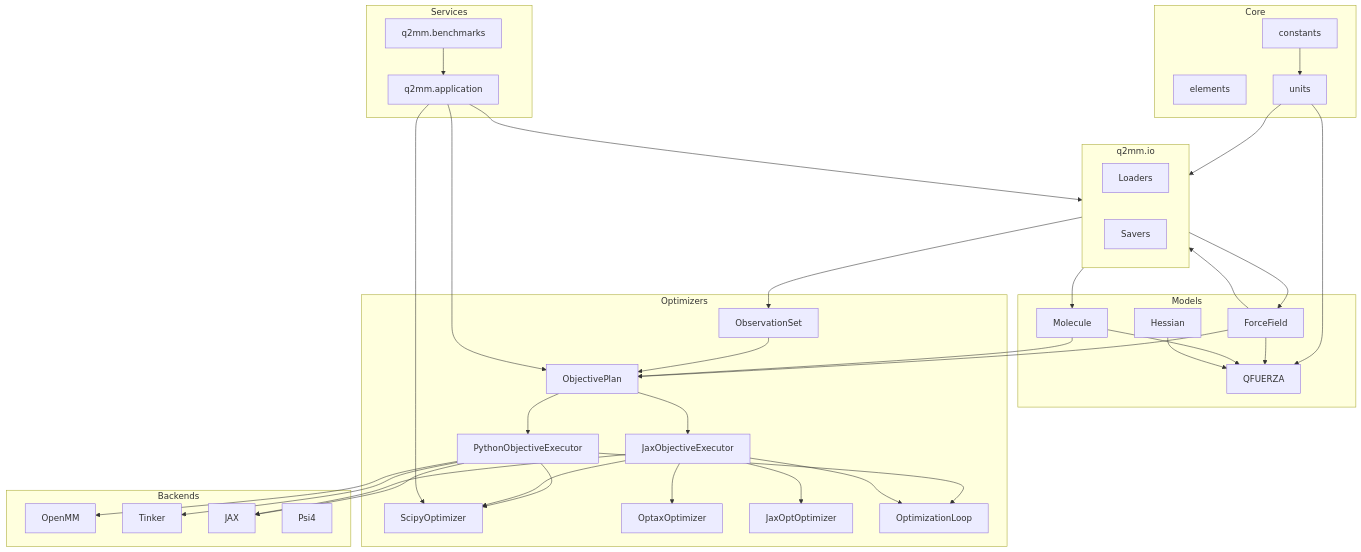
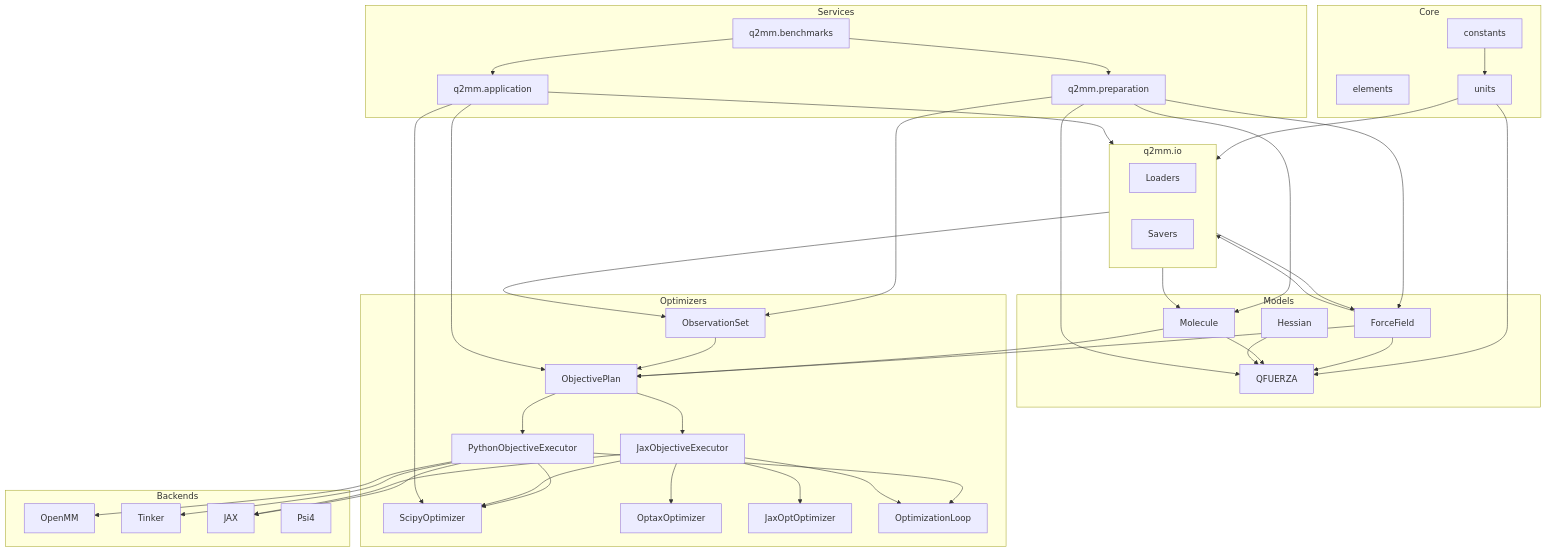
The second of 2 diagrams in docs/how-it-works/architecture.md (ericchansen/q2mm), drawn with Mermaid before and after one commit. The commit also changed other lines of this file and 22 other files, not shown here.

````diff
--- a/docs/how-it-works/architecture.md
+++ b/docs/how-it-works/architecture.md
@@ -337,76 +349,82 @@
 ```mermaid
 flowchart TD
     subgraph Core["Core"]
         constants[constants]
         elements[elements]
         units[units]
     end
 
     subgraph Models["Models"]
         ff[ForceField]
         mol[Molecule]
         hess[Hessian]
         sem[QFUERZA]
     end
 
     subgraph Opt["Optimizers"]
         obs[ObservationSet]
         plan[ObjectivePlan]
         pyexec[PythonObjectiveExecutor]
         jaxexec[JaxObjectiveExecutor]
         scipy[ScipyOptimizer]
         optax_opt[OptaxOptimizer]
         jaxopt_opt[JaxOptOptimizer]
         cycling[OptimizationLoop]
     end
 
     subgraph Engines["Backends"]
         omm[OpenMM]
         tk[Tinker]
         jax[JAX]
         psi4[Psi4]
     end
 
     subgraph IO["q2mm.io"]
         loaders[Loaders]
         savers[Savers]
     end
 
     subgraph Services["Services"]
+        prep[q2mm.preparation]
         app[q2mm.application]
         bench[q2mm.benchmarks]
     end
 
     constants --> units
     units --> IO
     units --> sem
     ff --> IO
     ff --> sem
     mol --> sem
     hess --> sem
 
     ff --> plan
     obs --> plan
     mol --> plan
     plan --> pyexec
     plan --> jaxexec
     pyexec --> scipy
     pyexec --> cycling
     jaxexec --> scipy
     jaxexec --> optax_opt
     jaxexec --> jaxopt_opt
     jaxexec --> cycling
 
     pyexec --> omm
     pyexec --> tk
     pyexec --> jax
     jaxexec --> jax
 
     IO --> mol
     IO --> obs
     IO --> ff
     app --> plan
     app --> scipy
     app --> IO
+    prep --> mol
+    prep --> ff
+    prep --> obs
+    prep --> sem
+    bench --> prep
     bench --> app
 ```
````
